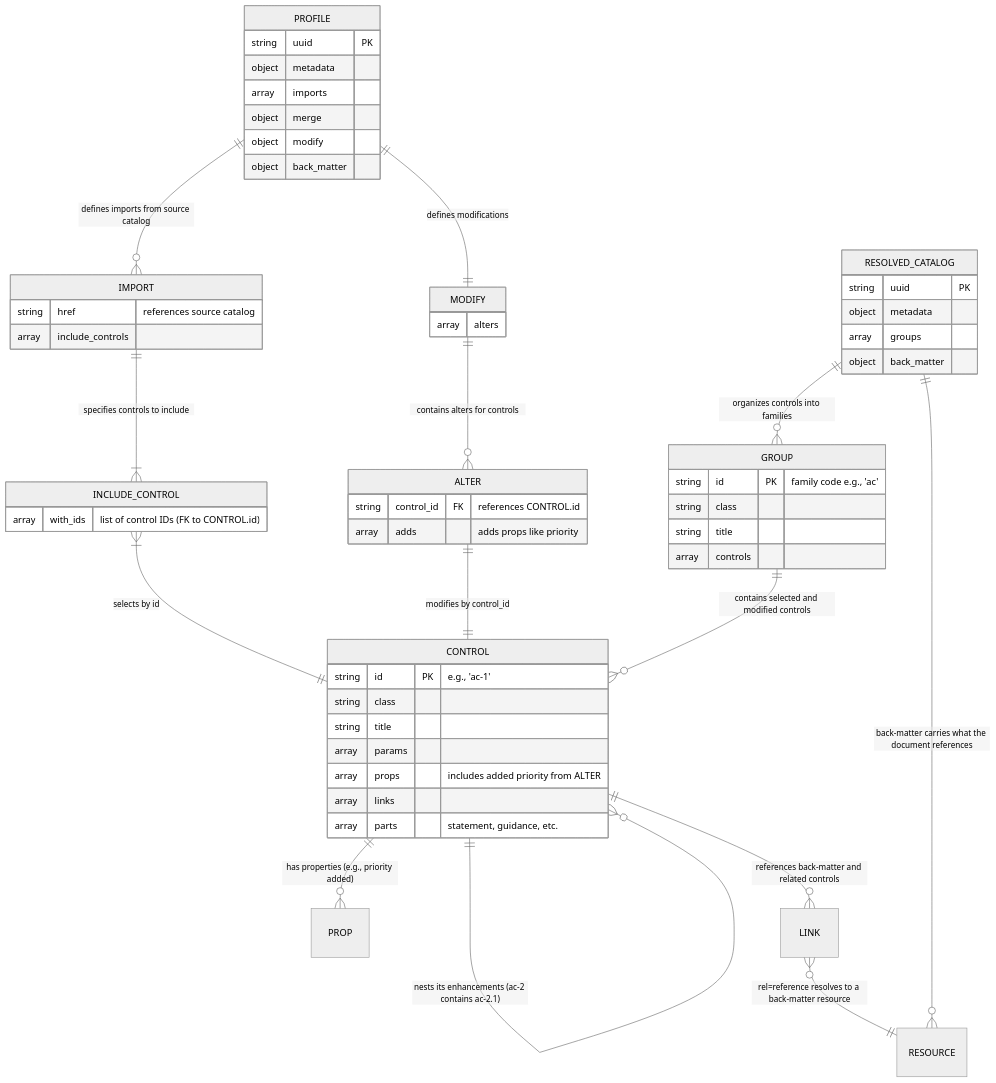
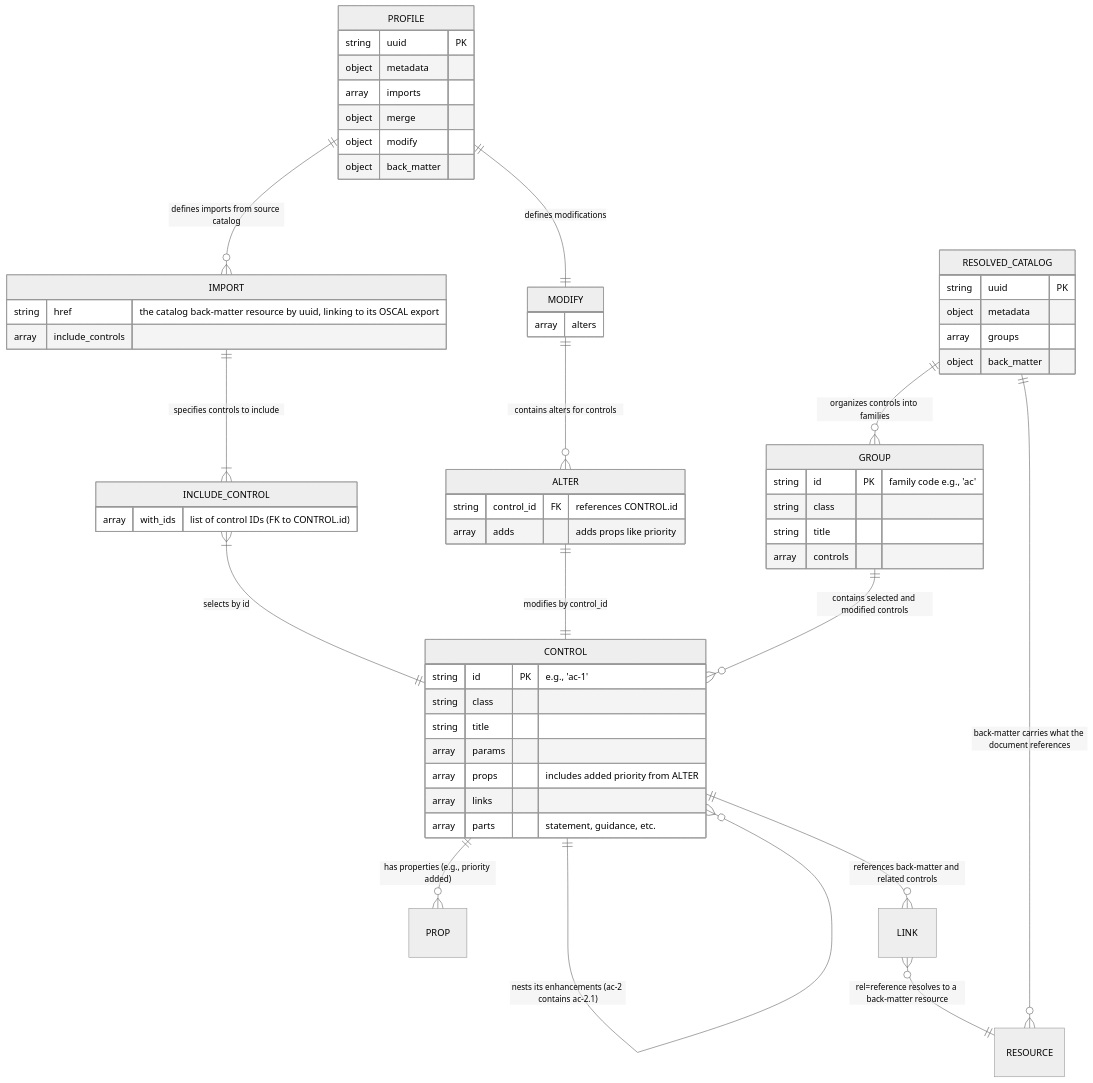
Before and after one commit to risk-sentinel/sparc: the diagram in docs/data_mapping/baseline_resolved_profile.md, drawn with Mermaid (neutral theme). The commit also changed 8 other files, not shown here.

````diff
--- a/docs/data_mapping/baseline_resolved_profile.md
+++ b/docs/data_mapping/baseline_resolved_profile.md
@@ -9,59 +9,59 @@
 ```mermaid
 erDiagram
     PROFILE {
         string uuid PK
         object metadata
         array imports
         object merge
         object modify
         object back_matter
     }
     IMPORT {
-        string href "references source catalog"
+        string href "the catalog back-matter resource by uuid, linking to its OSCAL export"
         array include_controls
     }
     INCLUDE_CONTROL {
         array with_ids "list of control IDs (FK to CONTROL.id)"
     }
     MODIFY {
         array alters
     }
     ALTER {
         string control_id FK "references CONTROL.id"
         array adds "adds props like priority"
     }
     RESOLVED_CATALOG {
         string uuid PK
         object metadata
         array groups
         object back_matter
     }
     GROUP {
         string id PK "family code e.g., 'ac'"
         string class
         string title
         array controls
     }
     CONTROL {
         string id PK "e.g., 'ac-1'"
         string class
         string title
         array params
         array props "includes added priority from ALTER"
         array links
         array parts "statement, guidance, etc."
     }
     PROFILE ||--o{ IMPORT : "defines imports from source catalog"
     IMPORT ||--|{ INCLUDE_CONTROL : "specifies controls to include"
     INCLUDE_CONTROL }|--|| CONTROL : "selects by id"
     PROFILE ||--|| MODIFY : "defines modifications"
     MODIFY ||--o{ ALTER : "contains alters for controls"
     ALTER ||--|| CONTROL : "modifies by control_id"
     RESOLVED_CATALOG ||--o{ GROUP : "organizes controls into families"
     GROUP ||--o{ CONTROL : "contains selected and modified controls"
     CONTROL ||--o{ CONTROL : "nests its enhancements (ac-2 contains ac-2.1)"
     CONTROL ||--o{ PROP : "has properties (e.g., priority added)"
     CONTROL ||--o{ LINK : "references back-matter and related controls"
     LINK }o--|| RESOURCE : "rel=reference resolves to a back-matter resource"
     RESOLVED_CATALOG ||--o{ RESOURCE : "back-matter carries what the document references"
 ```
````
